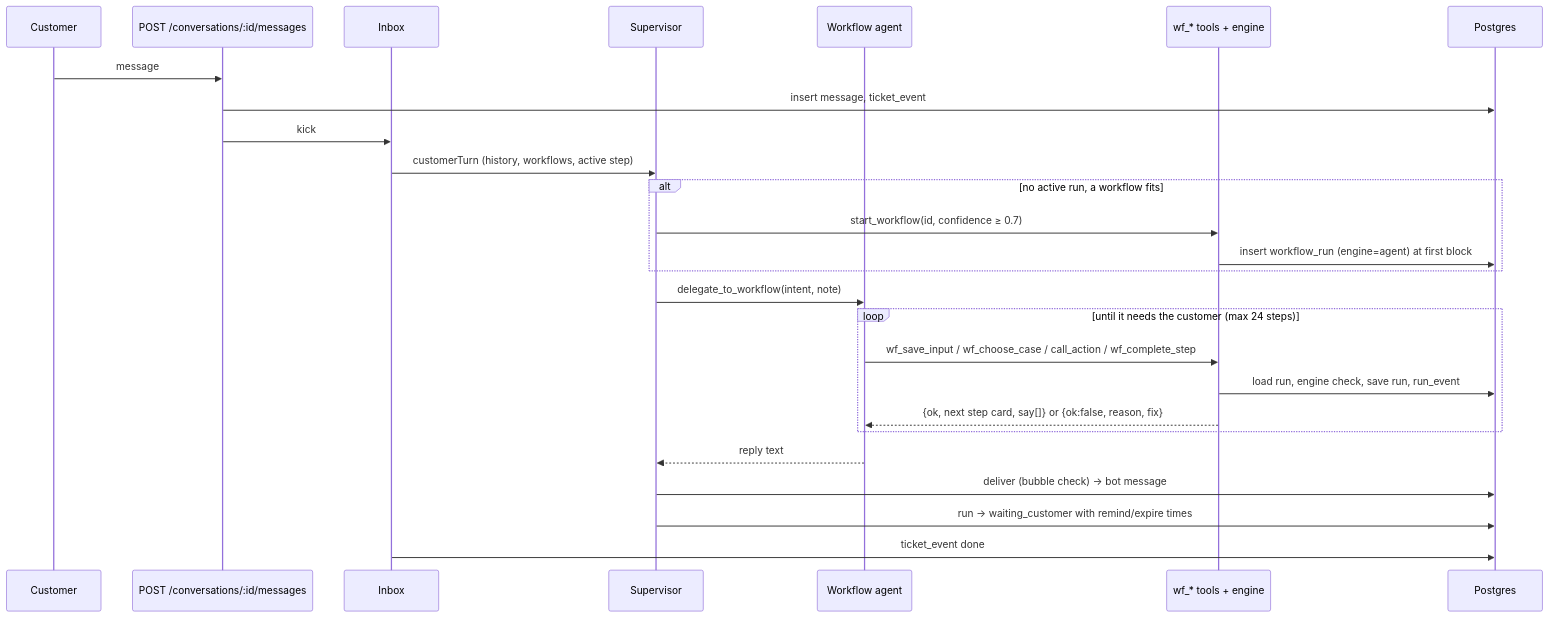
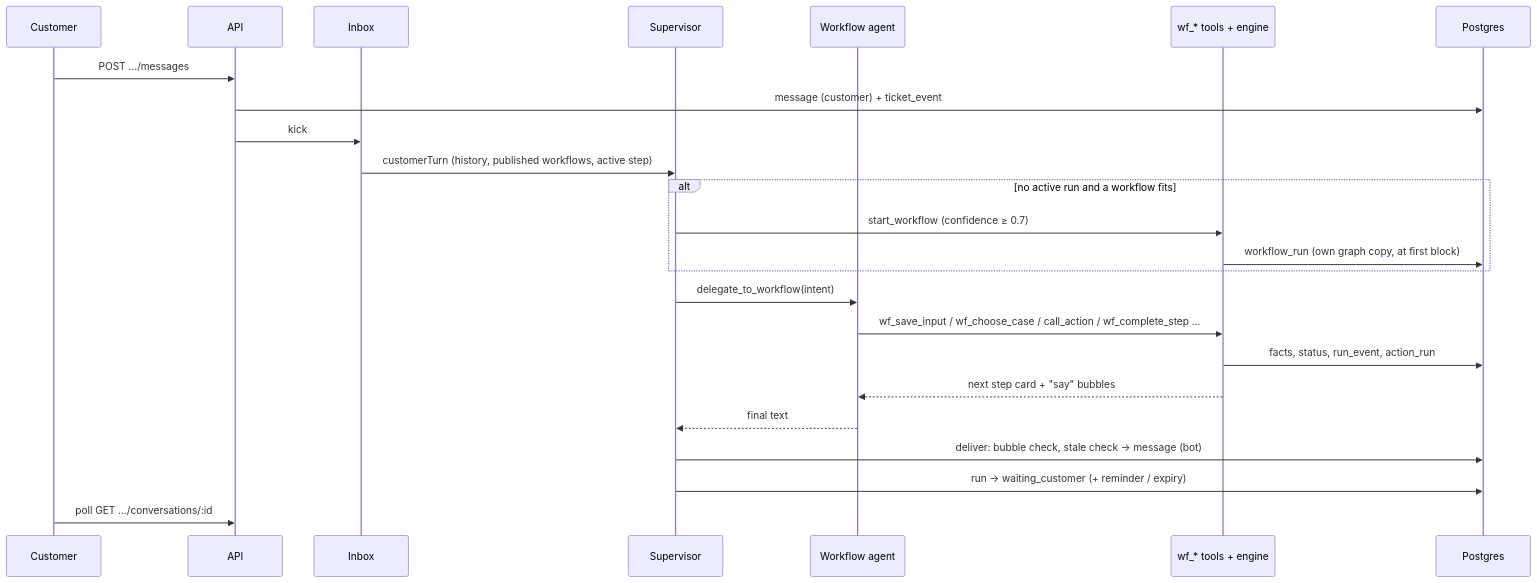
Before and after one commit to punit-walkover/workflow-poc-agentic: the seventh of 9 diagrams in docs/FUNCTIONAL_DOCUMENTATION.md, drawn with Mermaid. The commit also changed other lines of this file and 3 other files, not shown here.

````diff
--- a/docs/FUNCTIONAL_DOCUMENTATION.md
+++ b/docs/FUNCTIONAL_DOCUMENTATION.md
@@ -708,28 +772,26 @@
 ```mermaid
 sequenceDiagram
   participant C as Customer
-  participant API as POST /conversations/:id/messages
-  participant IB as Inbox
+  participant API as API
+  participant IN as Inbox
   participant SUP as Supervisor
-  participant WA as Workflow agent
+  participant WFA as Workflow agent
   participant T as wf_* tools + engine
   participant DB as Postgres
-  C->>API: message
-  API->>DB: insert message, ticket_event
-  API->>IB: kick
-  IB->>SUP: customerTurn (history, workflows, active step)
-  alt no active run, a workflow fits
-    SUP->>T: start_workflow(id, confidence ≥ 0.7)
-    T->>DB: insert workflow_run (engine=agent) at first block
+  C->>API: POST …/messages
+  API->>DB: message (customer) + ticket_event
+  API->>IN: kick
+  IN->>SUP: customerTurn (history, published workflows, active step)
+  alt no active run and a workflow fits
+    SUP->>T: start_workflow (confidence ≥ 0.7)
+    T->>DB: workflow_run (own graph copy, at first block)
   end
-  SUP->>WA: delegate_to_workflow(intent, note)
-  loop until it needs the customer (max 24 steps)
-    WA->>T: wf_save_input / wf_choose_case / call_action / wf_complete_step
-    T->>DB: load run, engine check, save run, run_event
-    T-->>WA: {ok, next step card, say[]} or {ok:false, reason, fix}
-  end
-  WA-->>SUP: reply text
-  SUP->>DB: deliver (bubble check) → bot message
-  SUP->>DB: run → waiting_customer with remind/expire times
-  IB->>DB: ticket_event done
+  SUP->>WFA: delegate_to_workflow(intent)
+  WFA->>T: wf_save_input / wf_choose_case / call_action / wf_complete_step …
+  T->>DB: facts, status, run_event, action_run
+  T-->>WFA: next step card + "say" bubbles
+  WFA-->>SUP: final text
+  SUP->>DB: deliver: bubble check, stale check → message (bot)
+  SUP->>DB: run → waiting_customer (+ reminder / expiry)
+  C->>API: poll GET …/conversations/:id
 ```
````
